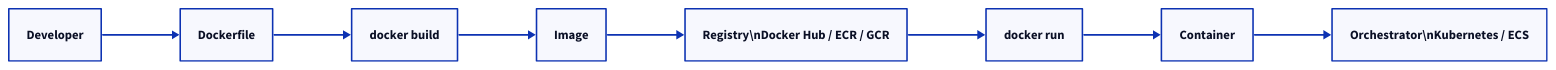
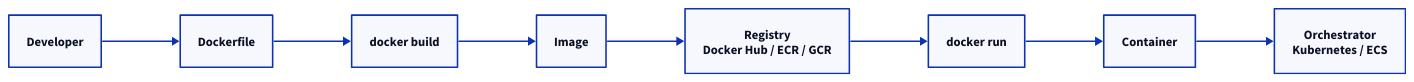
The second of 2 diagrams in docs/docker/introduction-to-containers-and-docker.md (rebash-rebash/rebash-academy), drawn with D2 before and after one commit. The commit also changed other lines of this file and 177 other files, not shown here.

First line of the commit message:
Ship Terraform track, diagram polish, and new brand favicon.

````diff
--- a/docs/docker/introduction-to-containers-and-docker.md
+++ b/docs/docker/introduction-to-containers-and-docker.md
@@ -173,19 +185,19 @@
 ```d2
 direction: right
 
 DEV: Developer
     DF: Dockerfile
     BUILD: "docker build"
     IMG: Image
-    REG: "Registry\\nDocker Hub / ECR / GCR"
+    REG: "Registry\nDocker Hub / ECR / GCR"
     RUN: "docker run"
     CONT: Container
-    ORCH: "Orchestrator\\nKubernetes / ECS"
+    ORCH: "Orchestrator\nKubernetes / ECS"
     DEV -> DF
     DF -> BUILD
     BUILD -> IMG
     IMG -> REG
     REG -> RUN
     RUN -> CONT
     CONT -> ORCH
 ```
````
